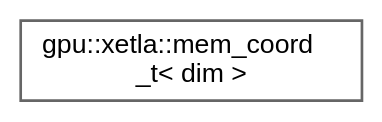
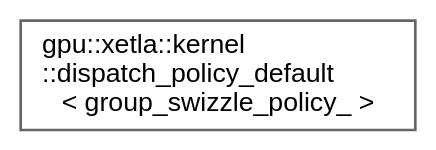
The diagram in docs/inherit_graph_177.dot (intel/xetla), drawn with Graphviz before and after one commit. The commit also changed 5168 other files, not shown here.

```diff
--- a/docs/inherit_graph_177.dot
+++ b/docs/inherit_graph_177.dot
@@ -1,9 +1,9 @@
 digraph "Graphical Class Hierarchy"
 {
  // LATEX_PDF_SIZE
   bgcolor="transparent";
   edge [fontname=Helvetica,fontsize=10,labelfontname=Helvetica,labelfontsize=10];
   node [fontname=Helvetica,fontsize=10,shape=box,height=0.2,width=0.4];
   rankdir="LR";
-  Node0 [id="Node000000",label="gpu::xetla::mem_coord\l_t\< dim \>",height=0.2,width=0.4,color="grey40", fillcolor="white", style="filled",URL="$structgpu_1_1xetla_1_1mem__coord__t.html",tooltip=" "];
+  Node0 [id="Node000000",label="gpu::xetla::kernel\l::dispatch_policy_default\l\< group_swizzle_policy_ \>",height=0.2,width=0.4,color="grey40", fillcolor="white", style="filled",URL="$structgpu_1_1xetla_1_1kernel_1_1dispatch__policy__default.html",tooltip="Default GEMM_UNIVERSAL implementation."];
 }
```
